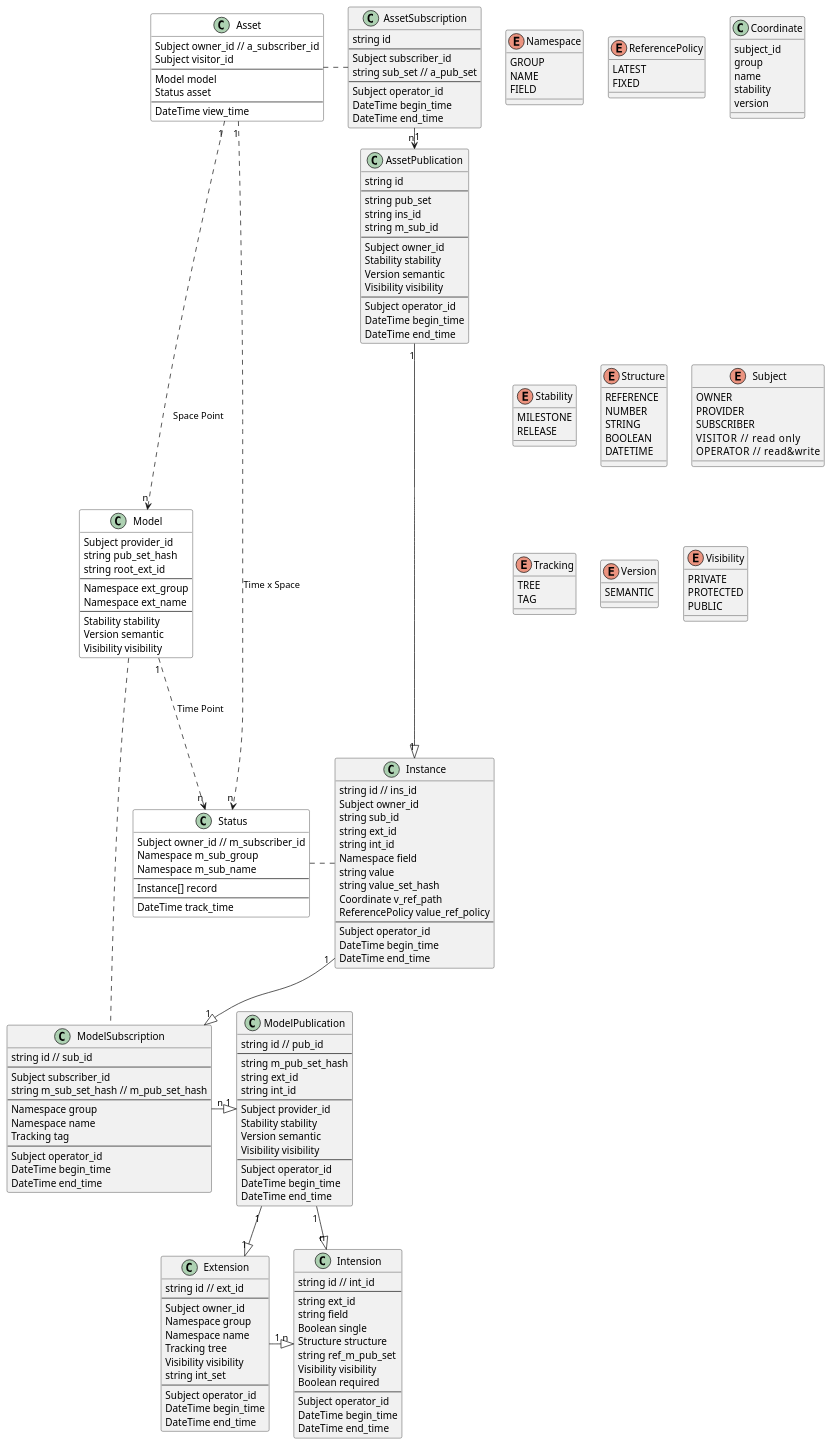
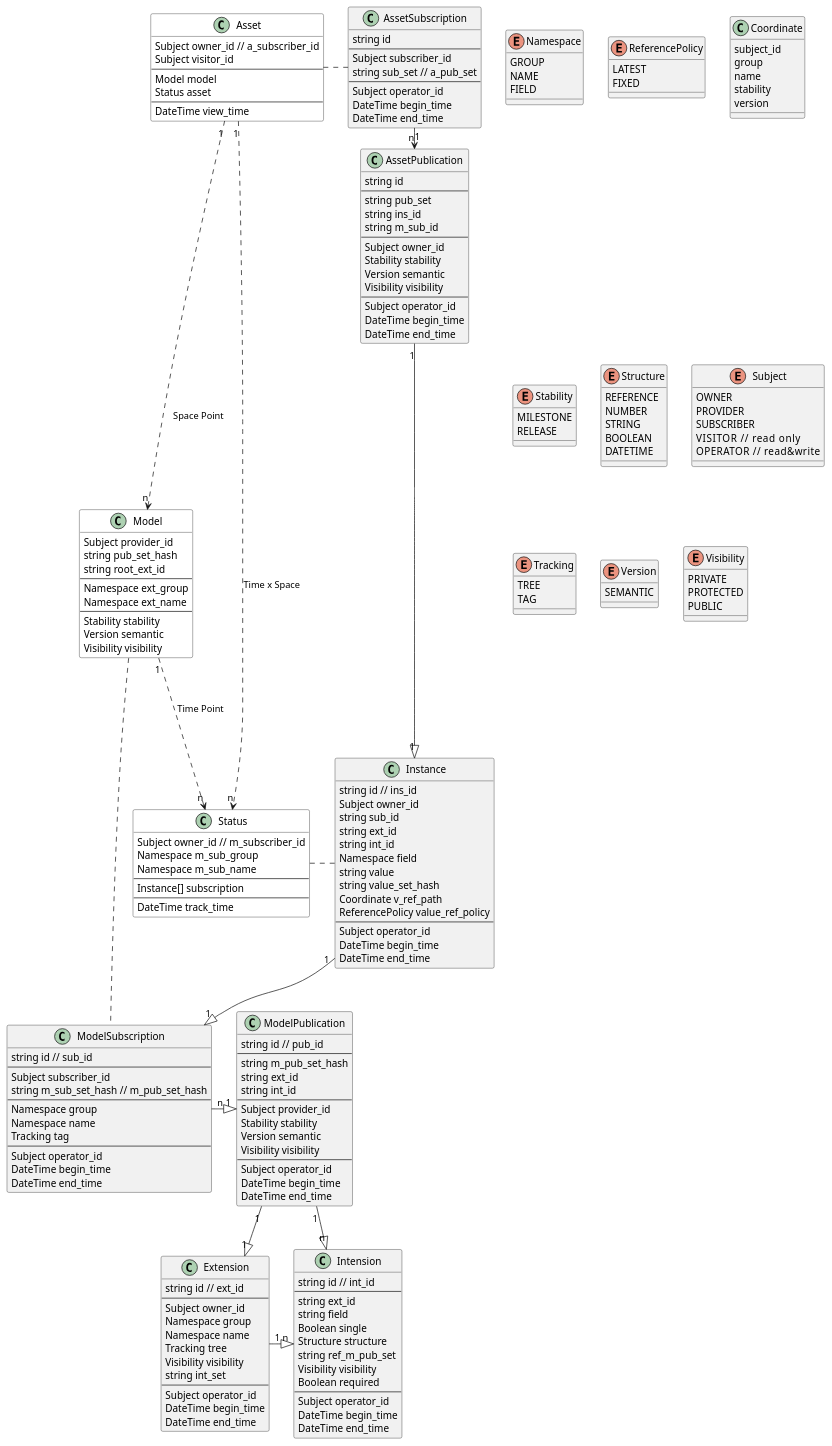
The diagram in kiimate.puml (SINeWang/kiimate), drawn with PlantUML before and after one commit. The commit also changed 20 other files, not shown here.

```diff
--- a/kiimate.puml
+++ b/kiimate.puml
@@ -43,7 +43,7 @@
     Namespace m_sub_group
     Namespace m_sub_name
     ---
-    Instance[] record
+    Instance[] subscription
     ---
     DateTime track_time
 }
```
